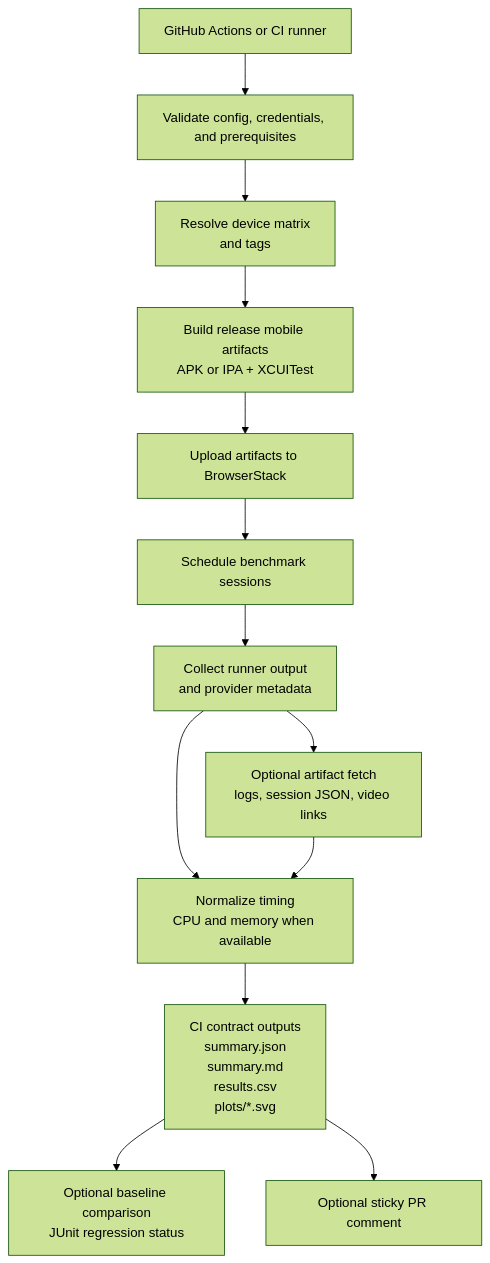
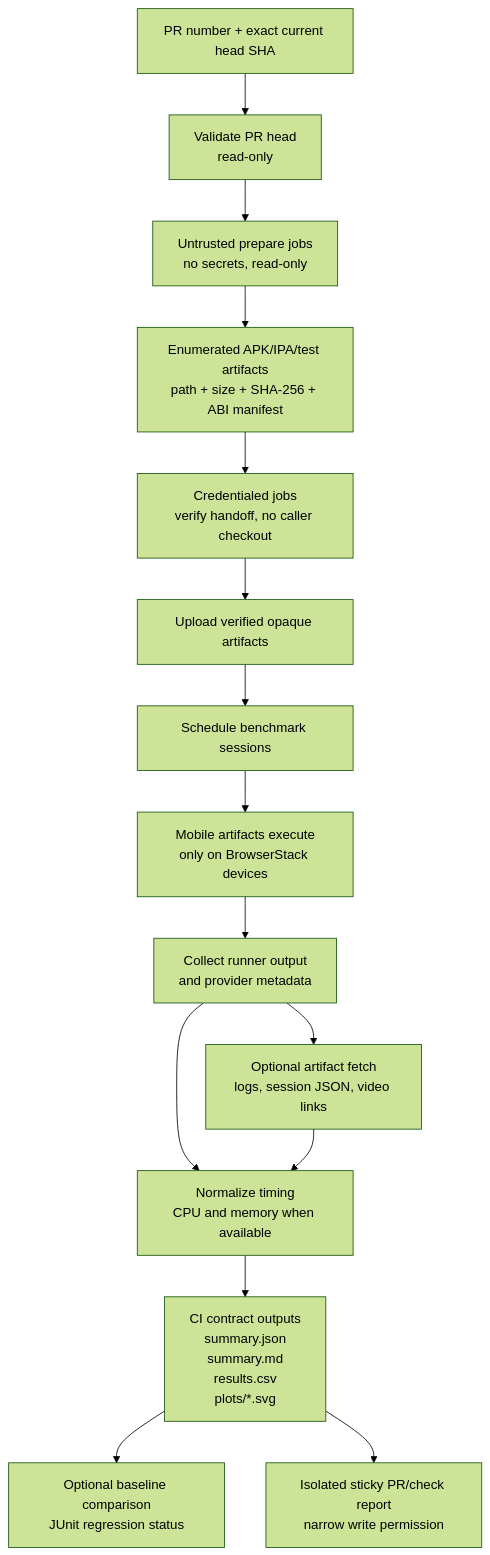
One commit to worldcoin/mobile-bench-rs changed the third of 5 diagrams in README.md. Above: the diagram before and after it, drawn with Mermaid (forest theme). The commit also changed other lines of this file and 54 other files, not shown here.

First line of the commit message:
Release 0.1.44: harden BrowserStack PR boundary

````diff
--- a/README.md
+++ b/README.md
@@ -114,28 +114,32 @@
 ```mermaid
 flowchart TD
-    workflow["GitHub Actions or CI runner"]
-    doctor["Validate config, credentials, and prerequisites"]
-    resolve["Resolve device matrix\nand tags"]
-    build["Build release mobile artifacts\nAPK or IPA + XCUITest"]
-    upload["Upload artifacts to BrowserStack"]
+    request["PR number + exact current head SHA"]
+    validate["Validate PR head\nread-only"]
+    build["Untrusted prepare jobs\nno secrets, read-only"]
+    manifest["Enumerated APK/IPA/test artifacts\npath + size + SHA-256 + ABI manifest"]
+    verify["Credentialed jobs\nverify handoff, no caller checkout"]
+    upload["Upload verified opaque artifacts"]
     schedule["Schedule benchmark sessions"]
+    device["Mobile artifacts execute\nonly on BrowserStack devices"]
     collect["Collect runner output\nand provider metadata"]
     fetch["Optional artifact fetch\nlogs, session JSON, video links"]
     normalize["Normalize timing\nCPU and memory when available"]
     outputs["CI contract outputs\nsummary.json\nsummary.md\nresults.csv\nplots/*.svg"]
     regressions["Optional baseline comparison\nJUnit regression status"]
-    pr["Optional sticky PR comment"]
+    pr["Isolated sticky PR/check report\nnarrow write permission"]
 
-    workflow --> doctor
-    doctor --> resolve
-    resolve --> build
-    build --> upload
+    request --> validate
+    validate --> build
+    build --> manifest
+    manifest --> verify
+    verify --> upload
     upload --> schedule
-    schedule --> collect
+    schedule --> device
+    device --> collect
     collect --> fetch
     collect --> normalize
     fetch --> normalize
     normalize --> outputs
     outputs --> regressions
     outputs --> pr
 ```
````
